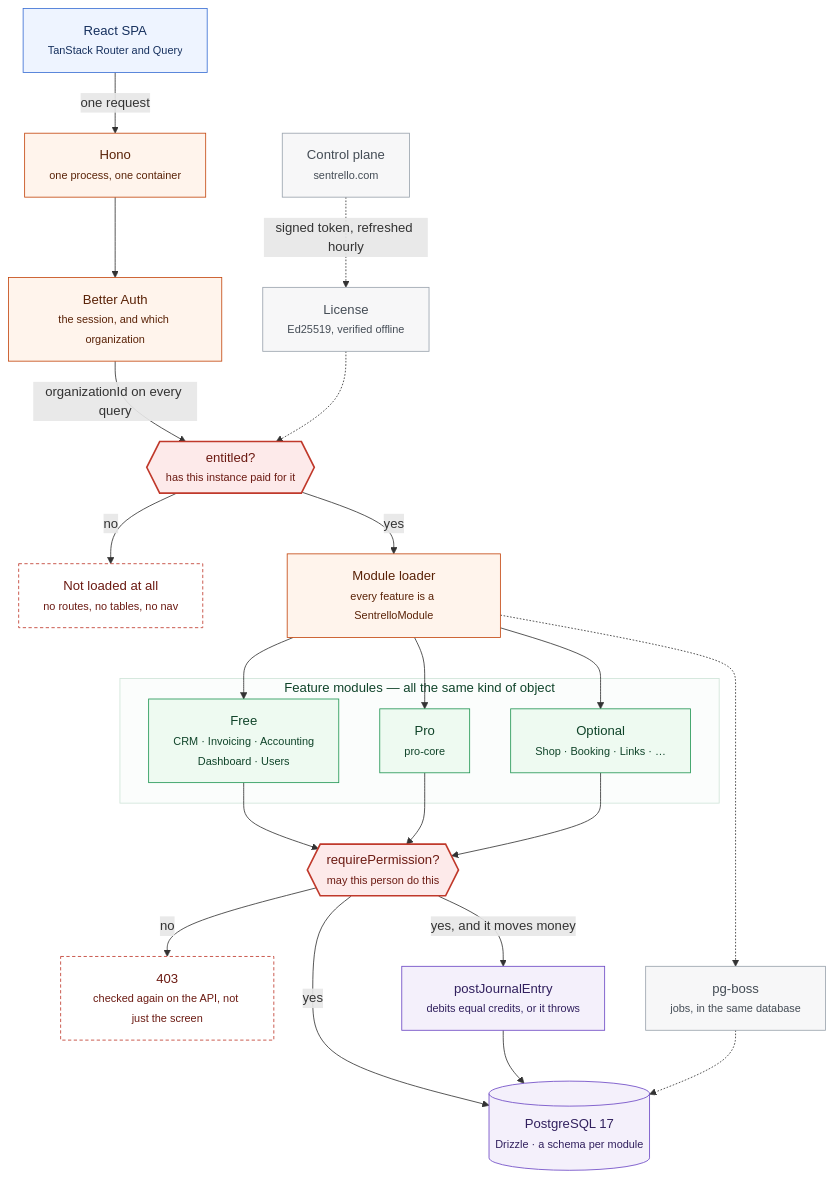
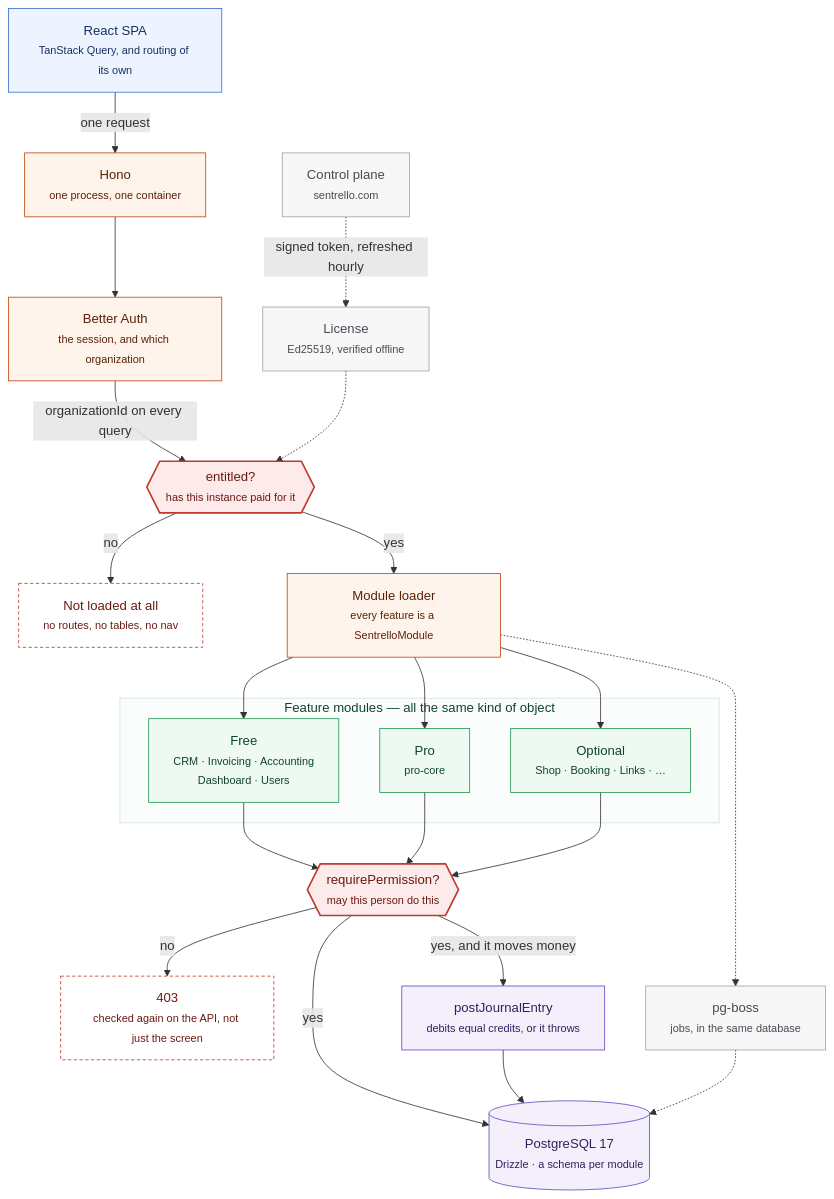
Before and after one commit to Sentrello/Sentrello: the diagram in docs/site/03-platform/06-architecture.md, drawn with Mermaid. The commit also changed 13 other files, not shown here.

````diff
--- a/docs/site/03-platform/06-architecture.md
+++ b/docs/site/03-platform/06-architecture.md
@@ -16,55 +16,55 @@
 ```mermaid
 flowchart TD
   classDef browser fill:#eef4ff,stroke:#3b6fd4,color:#16305e
   classDef host fill:#fff4ec,stroke:#c4470f,color:#5a2207
   classDef gate fill:#fdeaea,stroke:#c0392b,color:#6b1a12,stroke-width:2px
   classDef no fill:#fff,stroke:#c0392b,color:#6b1a12,stroke-dasharray:4 3
   classDef module fill:#eefaf1,stroke:#219653,color:#10442a
   classDef store fill:#f4f0fb,stroke:#6b47c4,color:#31205e
   classDef aside fill:#f7f7f8,stroke:#9aa3ad,color:#444c55
 
-  SPA["React SPA<br/><small>TanStack Router and Query</small>"]:::browser
+  SPA["React SPA<br/><small>TanStack Query, and routing of its own</small>"]:::browser
   API["Hono<br/><small>one process, one container</small>"]:::host
   AUTH["Better Auth<br/><small>the session, and which organization</small>"]:::host
   ENT{{"entitled?<br/><small>has this instance paid for it</small>"}}:::gate
   NOENT["Not loaded at all<br/><small>no routes, no tables, no nav</small>"]:::no
   LOADER["Module loader<br/><small>every feature is a SentrelloModule</small>"]:::host
 
   subgraph MODULES[" Feature modules — all the same kind of object "]
     FREE["Free<br/><small>CRM · Invoicing · Accounting<br/>Dashboard · Users</small>"]:::module
     PRO["Pro<br/><small>pro-core</small>"]:::module
     OPT["Optional<br/><small>Shop · Booking · Links · …</small>"]:::module
   end
 
   PERM{{"requirePermission?<br/><small>may this person do this</small>"}}:::gate
   NOPERM["403<br/><small>checked again on the API, not just the screen</small>"]:::no
   LEDGER["postJournalEntry<br/><small>debits equal credits, or it throws</small>"]:::store
   DB[("PostgreSQL 17<br/><small>Drizzle · a schema per module</small>")]:::store
 
   CP["Control plane<br/><small>sentrello.com</small>"]:::aside
   LIC["License<br/><small>Ed25519, verified offline</small>"]:::aside
   JOBS["pg-boss<br/><small>jobs, in the same database</small>"]:::aside
 
   SPA -->|"one request"| API
   API --> AUTH
   AUTH -->|"organizationId on every query"| ENT
   ENT -->|"no"| NOENT
   ENT -->|"yes"| LOADER
   LOADER --> FREE
   LOADER --> PRO
   LOADER --> OPT
   FREE --> PERM
   PRO --> PERM
   OPT --> PERM
   PERM -->|"no"| NOPERM
   PERM -->|"yes, and it moves money"| LEDGER
   PERM -->|"yes"| DB
   LEDGER --> DB
 
   CP -.->|"signed token, refreshed hourly"| LIC
   LIC -.-> ENT
   LOADER -.-> JOBS
   JOBS -.-> DB
 
   style MODULES fill:#fbfdfc,stroke:#cfe4d8,color:#10442a
 ```
````
